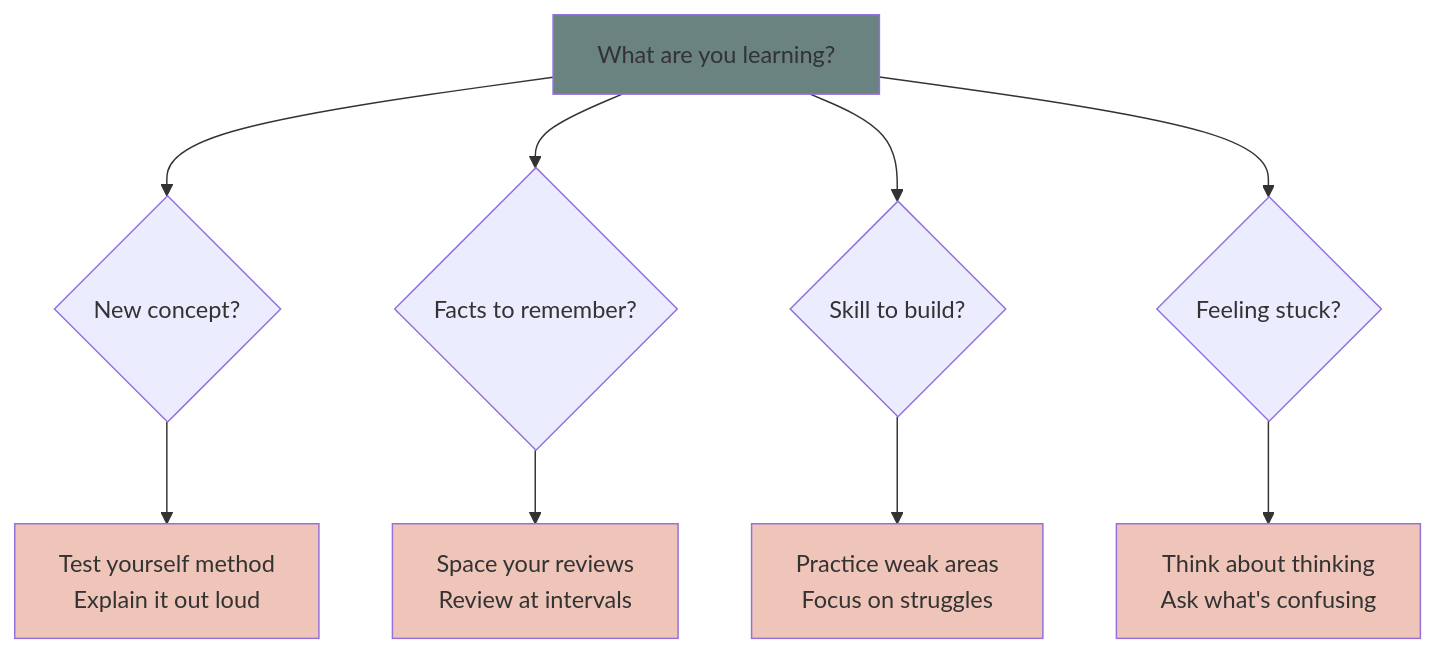
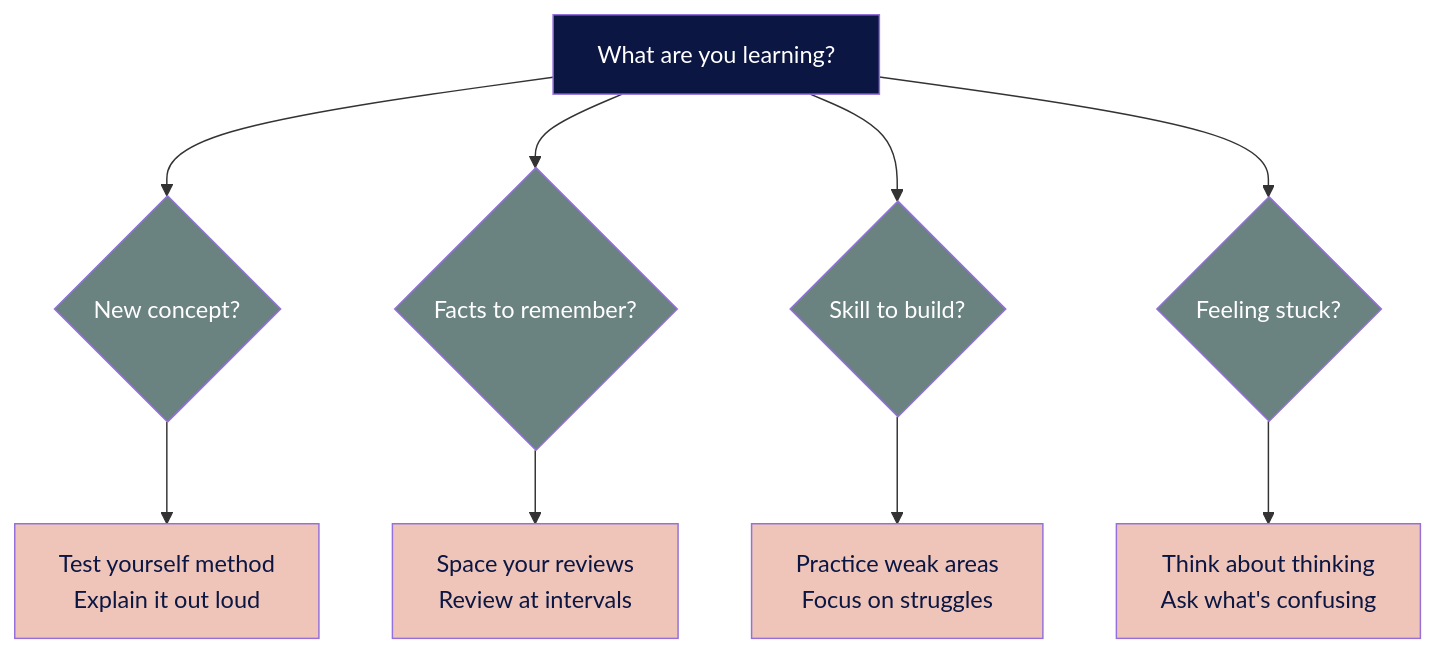
Before and after one commit to ninabrenes/ai-for-normal-people: the fifth of 5 diagrams in how-to-learn-anything.md, drawn with Mermaid. The commit also changed other lines of this file, not shown here.

````diff
--- a/how-to-learn-anything.md
+++ b/how-to-learn-anything.md
@@ -145,18 +158,22 @@
 ```mermaid
 graph TD
     A[What are you learning?] --> B{New concept?}
     A --> C{Facts to remember?}
     A --> D{Skill to build?}
     A --> E{Feeling stuck?}
     
     B --> B1[Test yourself method<br/>Explain it out loud]
     C --> C1[Space your reviews<br/>Review at intervals]
     D --> D1[Practice weak areas<br/>Focus on struggles]
     E --> E1[Think about thinking<br/>Ask what's confusing]
     
-    style A fill:#6a8280
-    style B1 fill:#efc5b9
-    style C1 fill:#efc5b9
-    style D1 fill:#efc5b9
-    style E1 fill:#efc5b9
+    style A fill:#0b1643,color:#ffffff
+    style B fill:#6a8280,color:#ffffff
+    style C fill:#6a8280,color:#ffffff
+    style D fill:#6a8280,color:#ffffff
+    style E fill:#6a8280,color:#ffffff
+    style B1 fill:#efc5b9,color:#0b1643
+    style C1 fill:#efc5b9,color:#0b1643
+    style D1 fill:#efc5b9,color:#0b1643
+    style E1 fill:#efc5b9,color:#0b1643
 ```
````
